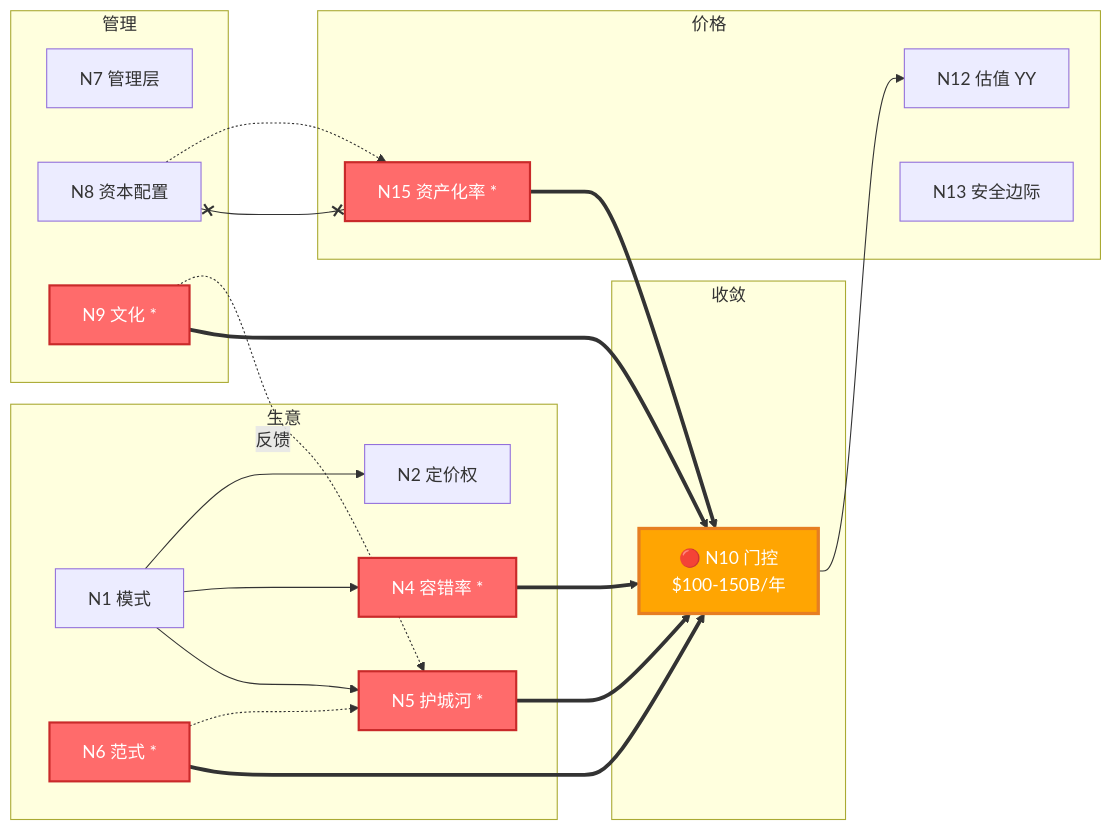
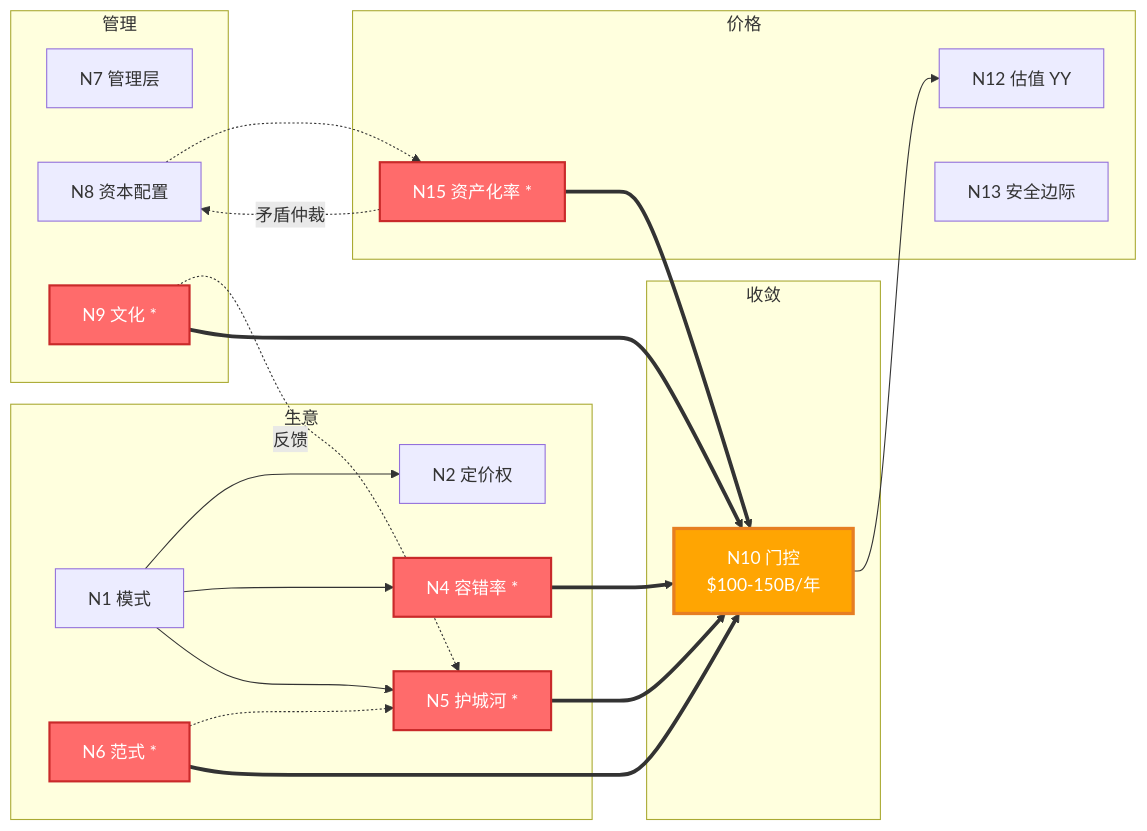
The second of 2 diagrams in 拓扑图格式对比.md (winterswang/company_card), drawn with Mermaid before and after one commit. The commit also changed other lines of this file, not shown here.

Commit message:
Fix Mermaid syntax: ASCII classDef names + remove invalid x--x edge type + remove emoji

````diff
--- a/拓扑图格式对比.md
+++ b/拓扑图格式对比.md
@@ -115,40 +102,40 @@
 ```mermaid
 graph LR
-    subgraph 生意
-        N1[N1 模式] --> N2[N2 定价权]
+    subgraph S1[" 生意"]
+        N1["N1 模式"] --> N2["N2 定价权"]
         N1 --> N4["N4 容错率 *"]
         N1 --> N5["N5 护城河 *"]
         N6["N6 范式 *"] -.-> N5
     end
 
-    subgraph 管理
-        N7[N7 管理层]
-        N8[N8 资本配置]
+    subgraph S2[" 管理"]
+        N7["N7 管理层"]
+        N8["N8 资本配置"]
         N9["N9 文化 *"] -.->|"反馈"| N5
     end
 
-    subgraph 收敛
-        N10["🔴 N10 门控<br/>$100-150B/年"]
+    subgraph S3[" 收敛"]
+        N10["N10 门控<br/>$100-150B/年"]
     end
 
-    subgraph 价格
-        N12[N12 估值 YY]
-        N13[N13 安全边际]
+    subgraph S4[" 价格"]
+        N12["N12 估值 YY"]
+        N13["N13 安全边际"]
         N15["N15 资产化率 *"]
     end
 
     N4 ==> N10
     N5 ==> N10
     N6 ==> N10
     N9 ==> N10
     N15 ==> N10
 
     N10 --> N12
     N8 -.-> N15
-    N15 x--x N8
+    N15 -.->|"矛盾仲裁"| N8
 
     classDef star fill:#ff6b6b,stroke:#c92a2a,stroke-width:2px,color:#fff
     classDef gate fill:#ffa502,stroke:#e67e22,stroke-width:3px,color:#fff
     class N4,N5,N6,N9,N15 star
     class N10 gate
 ```
````
